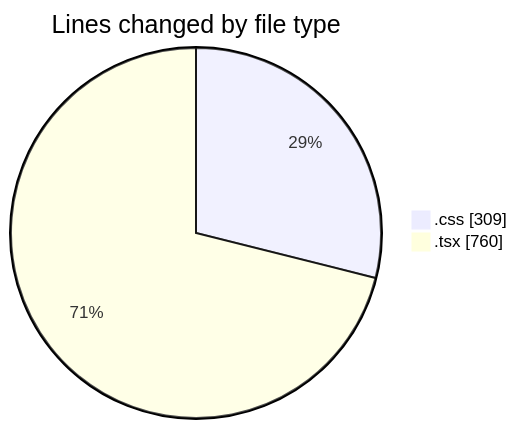
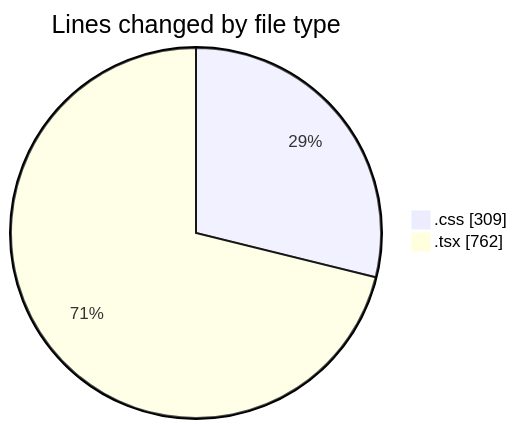
Before and after one commit to JenPaints/code-tracking: the first of 2 diagrams in 2025-07-11/playgram-motion-arena-main/README.md, drawn with Mermaid. The commit also changed other lines of this file and 1 other file, not shown here.

````diff
--- a/2025-07-11/playgram-motion-arena-main/README.md
+++ b/2025-07-11/playgram-motion-arena-main/README.md
@@ -25,6 +25,6 @@
 ```mermaid
 pie showData
 title Lines changed by file type
 ".css" : 309
-".tsx" : 760
+".tsx" : 762
 ```
````
